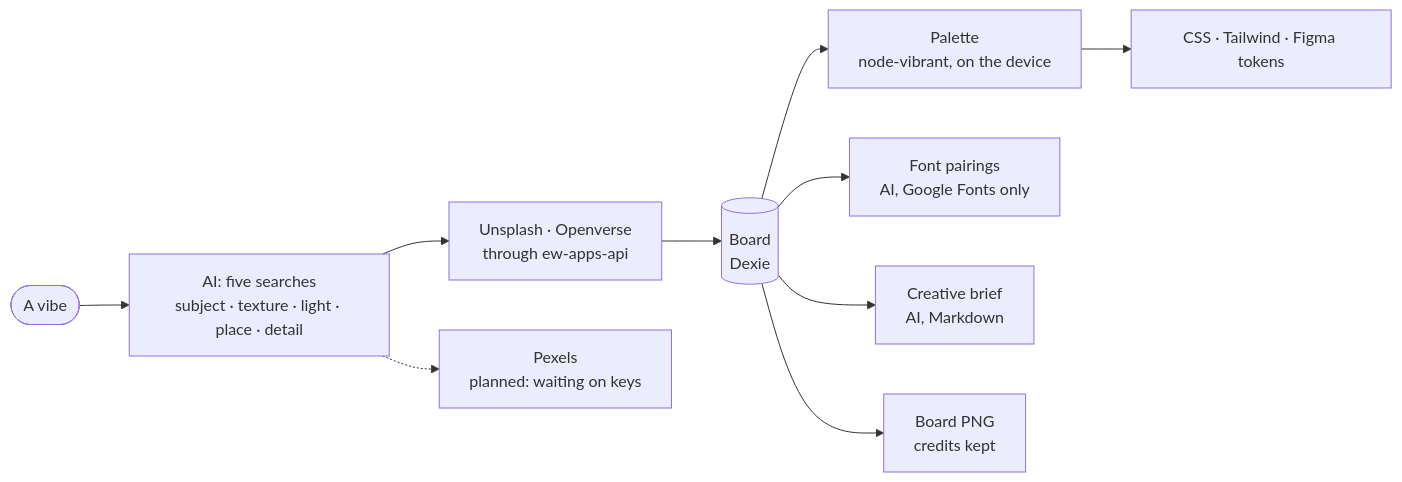
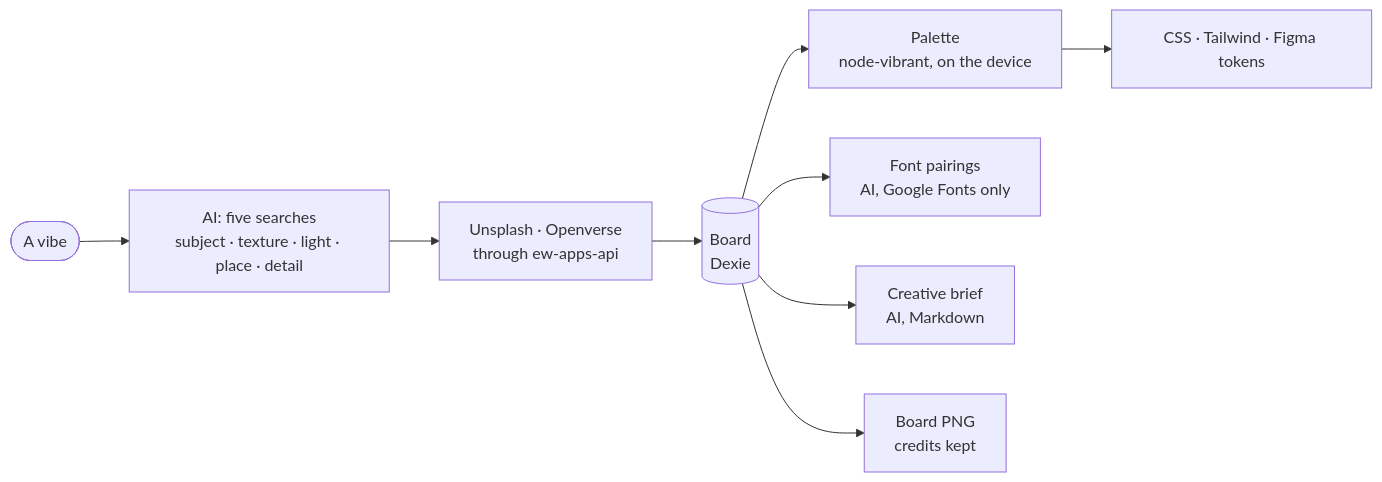
Before and after one commit to emwil23/pixe: the first of 4 diagrams in README.md, drawn with Mermaid. The commit also changed other lines of this file and 19 other files, not shown here.

````diff
--- a/README.md
+++ b/README.md
@@ -38,12 +38,11 @@
 ```mermaid
 flowchart LR
     V([A vibe]) --> Q[AI: five searches<br/>subject · texture · light · place · detail]
     Q --> S[Unsplash · Openverse<br/>through ew-apps-api]
-    Q -.-> PXP[Pexels<br/>planned: waiting on keys]
     S --> B[(Board<br/>Dexie)]
     B --> P[Palette<br/>node-vibrant, on the device]
     B --> F[Font pairings<br/>AI, Google Fonts only]
     B --> BR[Creative brief<br/>AI, Markdown]
     P --> X[CSS · Tailwind · Figma tokens]
     B --> PNG[Board PNG<br/>credits kept]
 ```
````
